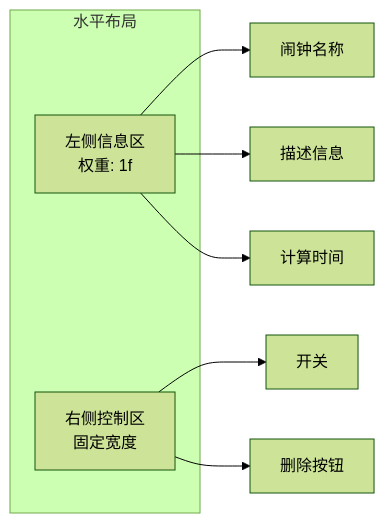
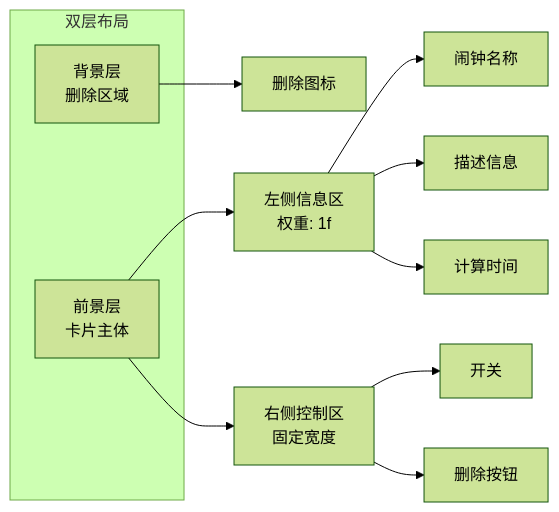
Before and after one commit to snuabar/Clock: the sixth of 7 diagrams in .qoder/repowiki/zh/content/UI组件/AlarmCard 闹钟卡片.md, drawn with Mermaid (forest theme). The commit also changed other lines of this file and 3 other files, not shown here.

````diff
--- a/.qoder/repowiki/zh/content/UI组件/AlarmCard 闹钟卡片.md
+++ b/.qoder/repowiki/zh/content/UI组件/AlarmCard 闹钟卡片.md
@@ -339,12 +389,15 @@
 ```mermaid
 graph LR
-subgraph "水平布局"
-Info[左侧信息区<br/>权重: 1f]
-Controls[右侧控制区<br/>固定宽度]
+subgraph "双层布局"
+Background[背景层<br/>删除区域]
+Foreground[前景层<br/>卡片主体]
 end
+Background --> DeleteIcon[删除图标]
+Foreground --> Info[左侧信息区<br/>权重: 1f]
+Foreground --> Controls[右侧控制区<br/>固定宽度]
 Info --> Name[闹钟名称]
 Info --> Desc[描述信息]
 Info --> Time[计算时间]
 Controls --> Toggle[开关]
 Controls --> Delete[删除按钮]
 ```
````
